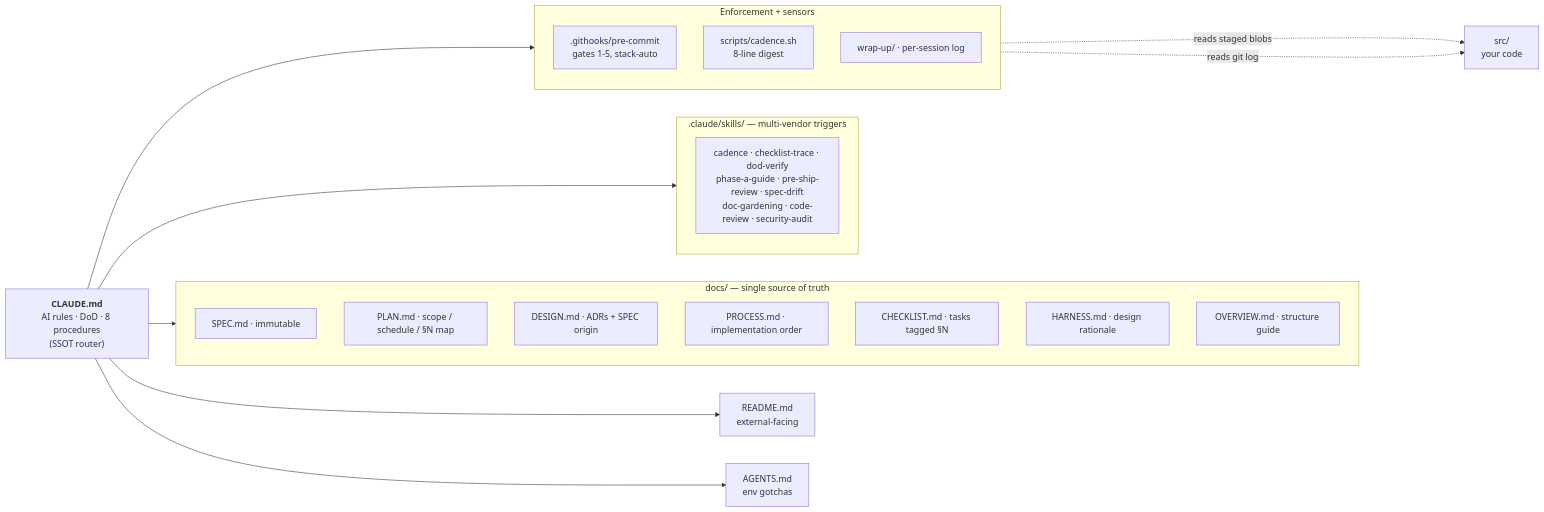
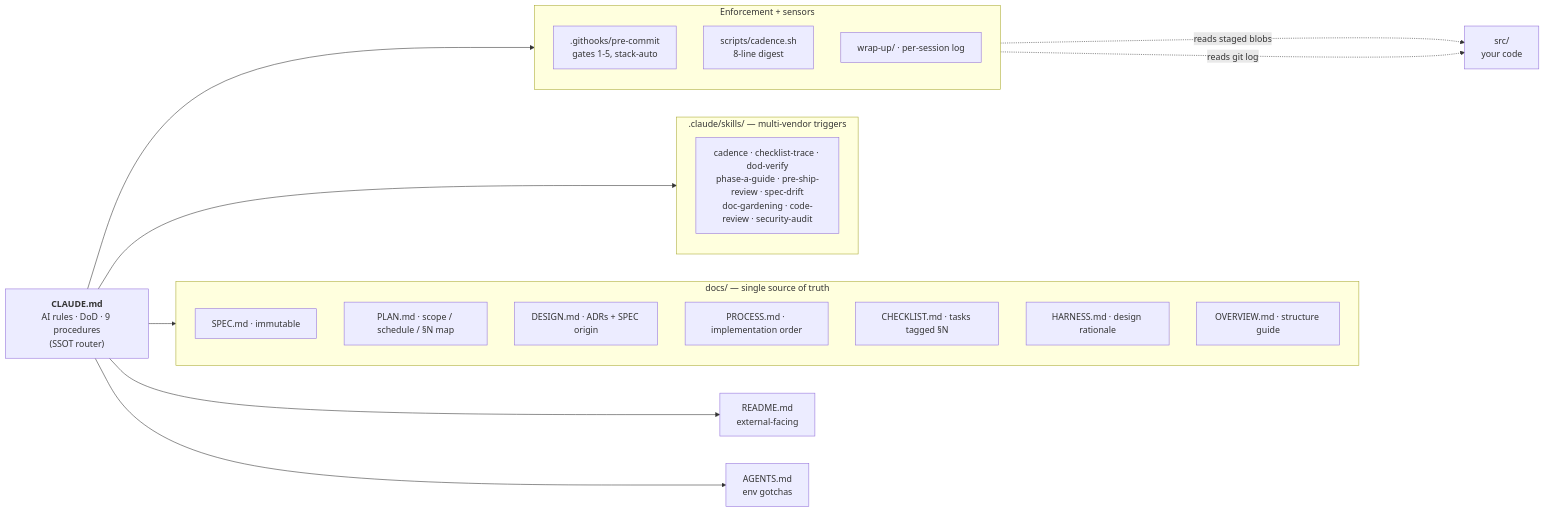
One commit to JayKim88/craft-kit changed the third of 4 diagrams in docs/OVERVIEW.md. Above: the diagram before and after it, drawn with Mermaid. The commit also changed other lines of this file and 1 other file, not shown here.

First line of the commit message:
docs(kit): update skills README and OVERVIEW for 9 procedures [§-]

````diff
--- a/docs/OVERVIEW.md
+++ b/docs/OVERVIEW.md
@@ -92,38 +92,38 @@
 ```mermaid
 flowchart LR
-  CLAUDE["<b>CLAUDE.md</b><br/>AI rules · DoD · 8 procedures<br/>(SSOT router)"]
+  CLAUDE["<b>CLAUDE.md</b><br/>AI rules · DoD · 9 procedures<br/>(SSOT router)"]
   README["README.md<br/>external-facing"]
   AGENTS["AGENTS.md<br/>env gotchas"]
   SRC["src/<br/>your code"]
 
   subgraph SSOT["docs/ — single source of truth"]
     direction TB
     SPEC["SPEC.md · immutable"]
     PLAN["PLAN.md · scope / schedule / §N map"]
     DESIGN["DESIGN.md · ADRs + SPEC origin"]
     PROCESS["PROCESS.md · implementation order"]
     CHECK["CHECKLIST.md · tasks tagged §N"]
     HARN["HARNESS.md · design rationale"]
     OVW["OVERVIEW.md · structure guide"]
   end
 
   subgraph SKILLS[".claude/skills/ — multi-vendor triggers"]
     direction TB
     SK["cadence · checklist-trace · dod-verify<br/>phase-a-guide · pre-ship-review · spec-drift<br/>doc-gardening · code-review · security-audit"]
   end
 
   subgraph EXEC["Enforcement + sensors"]
     direction TB
     HOOK[".githooks/pre-commit<br/>gates 1-5, stack-auto"]
     CAD["scripts/cadence.sh<br/>8-line digest"]
     WRAP["wrap-up/ · per-session log"]
   end
 
   CLAUDE --> SSOT
   CLAUDE --> SKILLS
   CLAUDE --> EXEC
   CLAUDE --> README
   CLAUDE --> AGENTS
   HOOK -. reads staged blobs .-> SRC
   CAD -. reads git log .-> SRC
 ```
````
